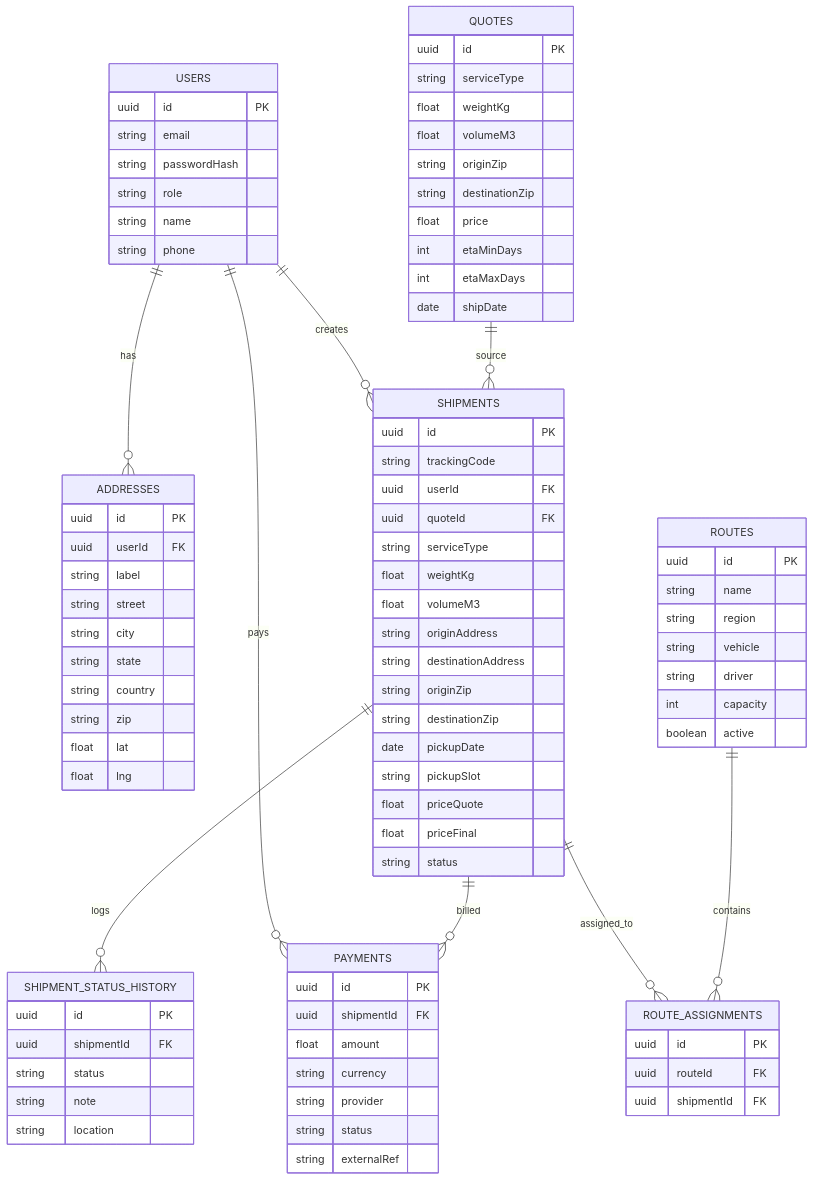
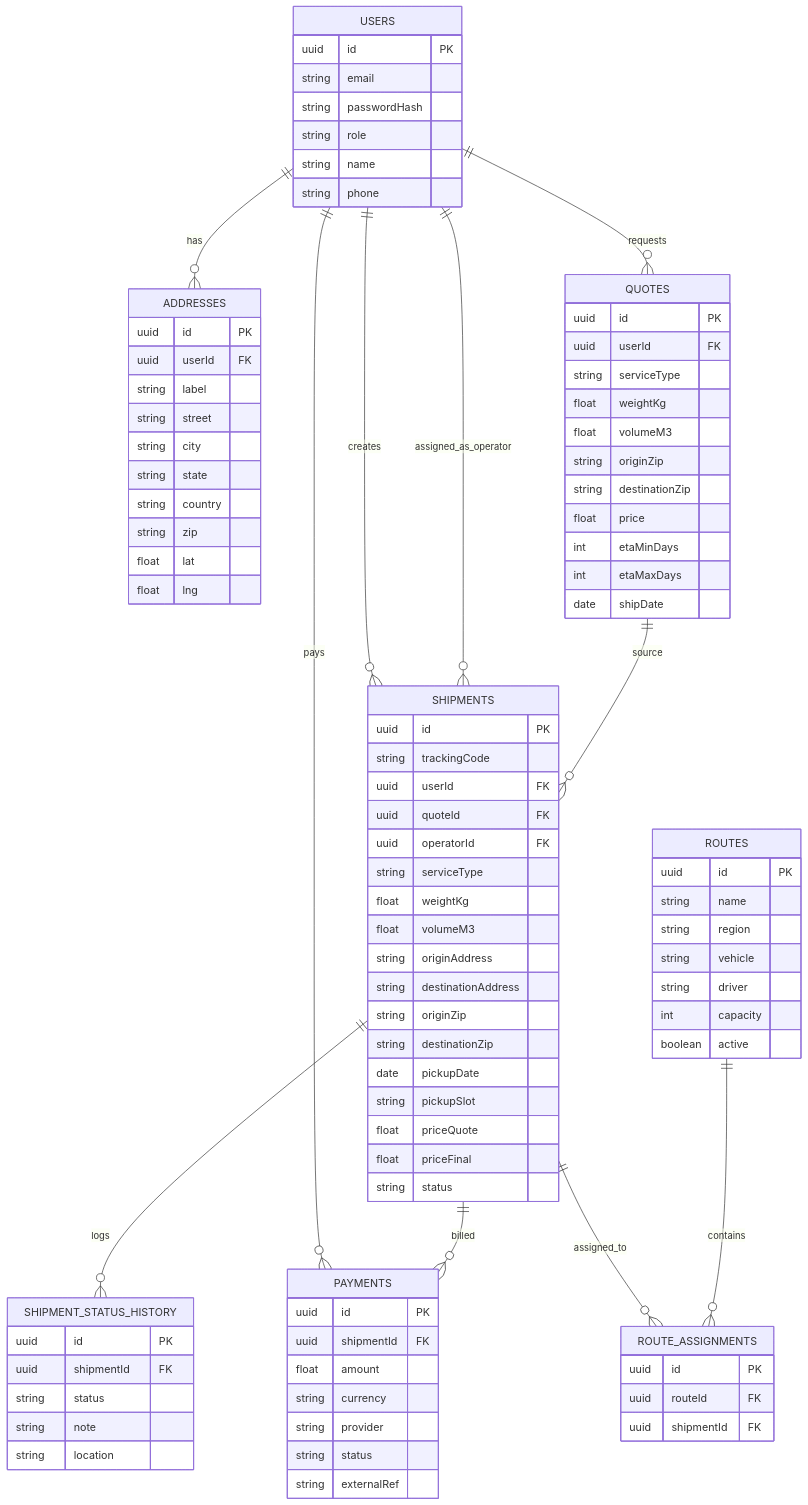
One commit to apaul6dev/ia-repositorio changed the third of 4 diagrams in README.md. Above: the diagram before and after it, drawn with Mermaid. The commit also changed other lines of this file and 18 other files, not shown here.

````diff
--- a/README.md
+++ b/README.md
@@ -47,8 +51,10 @@
 ```mermaid
 erDiagram
   USERS ||--o{ ADDRESSES : has
+  USERS ||--o{ QUOTES : requests
   USERS ||--o{ SHIPMENTS : creates
   USERS ||--o{ PAYMENTS : pays
+  USERS ||--o{ SHIPMENTS : assigned_as_operator
   QUOTES ||--o{ SHIPMENTS : source
   SHIPMENTS ||--o{ SHIPMENT_STATUS_HISTORY : logs
   SHIPMENTS ||--o{ PAYMENTS : billed
@@ -77,6 +83,7 @@
   }
   QUOTES {
     uuid id PK
+    uuid userId FK
     string serviceType
     float weightKg
     float volumeM3
@@ -92,6 +99,7 @@
     string trackingCode
     uuid userId FK
     uuid quoteId FK
+    uuid operatorId FK
     string serviceType
     float weightKg
     float volumeM3
````
